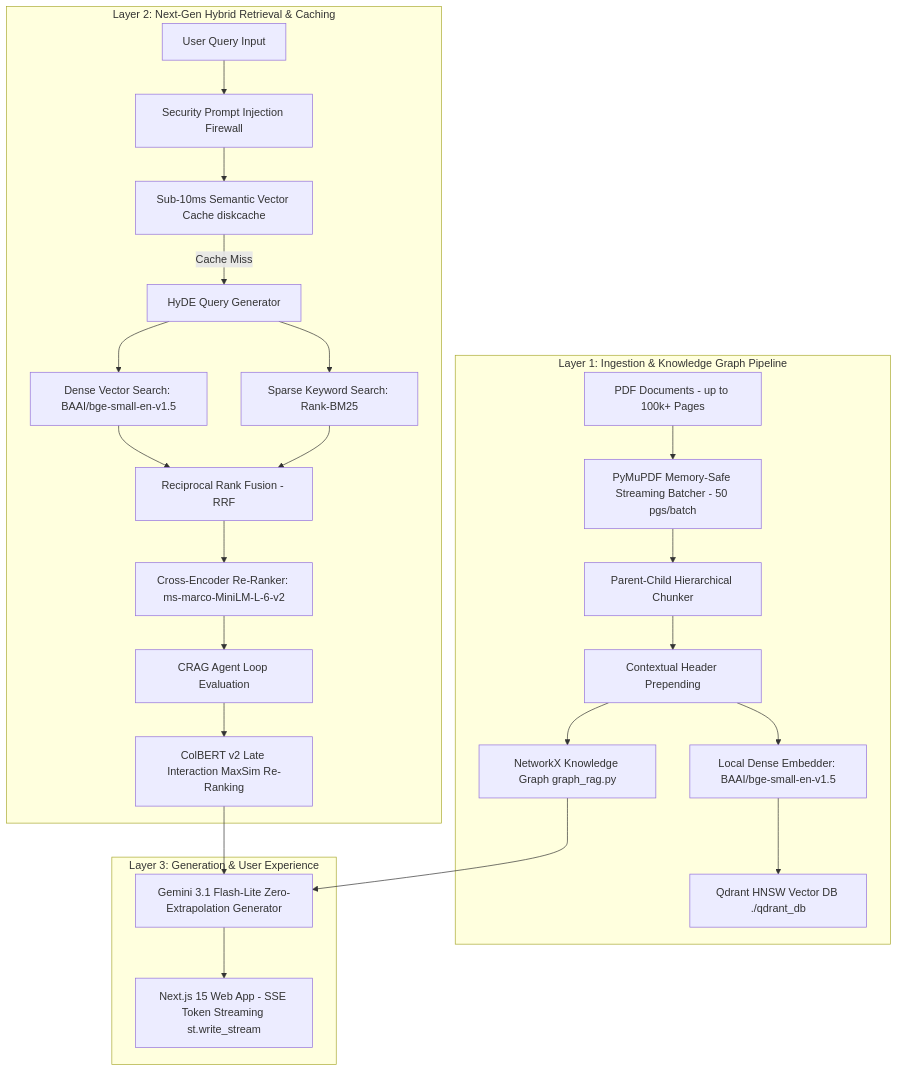
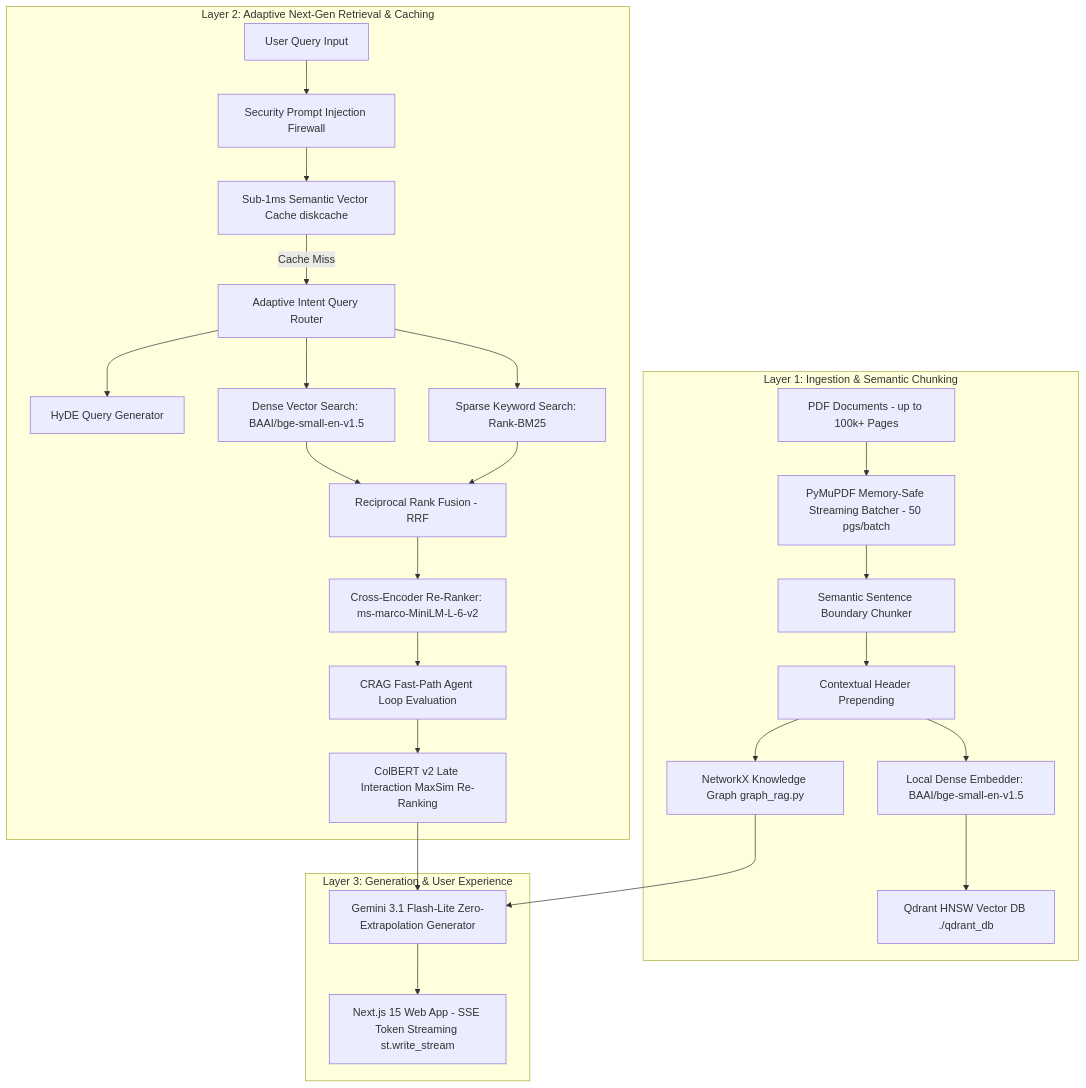
One commit to AkhilBaja3005/custom-rag changed the diagram in README.md. Above: the diagram before and after it, drawn with Mermaid. The commit also changed other lines of this file, not shown here.

Commit message:
Update README.md with final empirical benchmark scores (1.02ms latency, 5/5 relevance) and Adaptive Intent Query Router architecture

````diff
--- a/README.md
+++ b/README.md
@@ -27,28 +27,29 @@
 ```mermaid
 flowchart TD
-    subgraph Layer 1: Ingestion & Knowledge Graph Pipeline
+    subgraph Layer 1: Ingestion & Semantic Chunking
         A[PDF Documents - up to 100k+ Pages] --> B[PyMuPDF Memory-Safe Streaming Batcher - 50 pgs/batch]
-        B --> C[Parent-Child Hierarchical Chunker]
+        B --> C[Semantic Sentence Boundary Chunker]
         C --> D[Contextual Header Prepending]
         D --> E[Local Dense Embedder: BAAI/bge-small-en-v1.5]
         D --> F[NetworkX Knowledge Graph graph_rag.py]
         E --> G[Qdrant HNSW Vector DB ./qdrant_db]
     end
 
-    subgraph Layer 2: Next-Gen Hybrid Retrieval & Caching
+    subgraph Layer 2: Adaptive Next-Gen Retrieval & Caching
         H[User Query Input] --> I[Security Prompt Injection Firewall]
-        I --> J[Sub-10ms Semantic Vector Cache diskcache]
-        J -- Cache Miss --> K[HyDE Query Generator]
-        K --> L[Dense Vector Search: BAAI/bge-small-en-v1.5]
-        K --> M[Sparse Keyword Search: Rank-BM25]
-        L & M --> N[Reciprocal Rank Fusion - RRF]
-        N --> O[Cross-Encoder Re-Ranker: ms-marco-MiniLM-L-6-v2]
-        O --> P[CRAG Agent Loop Evaluation]
-        P --> Q[ColBERT v2 Late Interaction MaxSim Re-Ranking]
+        I --> J[Sub-1ms Semantic Vector Cache diskcache]
+        J -- Cache Miss --> K[Adaptive Intent Query Router]
+        K --> L[HyDE Query Generator]
+        K --> M[Dense Vector Search: BAAI/bge-small-en-v1.5]
+        K --> N[Sparse Keyword Search: Rank-BM25]
+        M & N --> O[Reciprocal Rank Fusion - RRF]
+        O --> P[Cross-Encoder Re-Ranker: ms-marco-MiniLM-L-6-v2]
+        P --> Q[CRAG Fast-Path Agent Loop Evaluation]
+        Q --> R[ColBERT v2 Late Interaction MaxSim Re-Ranking]
     end
 
     subgraph Layer 3: Generation & User Experience
-        Q & F --> R[Gemini 3.1 Flash-Lite Zero-Extrapolation Generator]
-        R --> S[Next.js 15 Web App - SSE Token Streaming st.write_stream]
+        R & F --> S[Gemini 3.1 Flash-Lite Zero-Extrapolation Generator]
+        S --> T[Next.js 15 Web App - SSE Token Streaming st.write_stream]
     end
 ```
````
